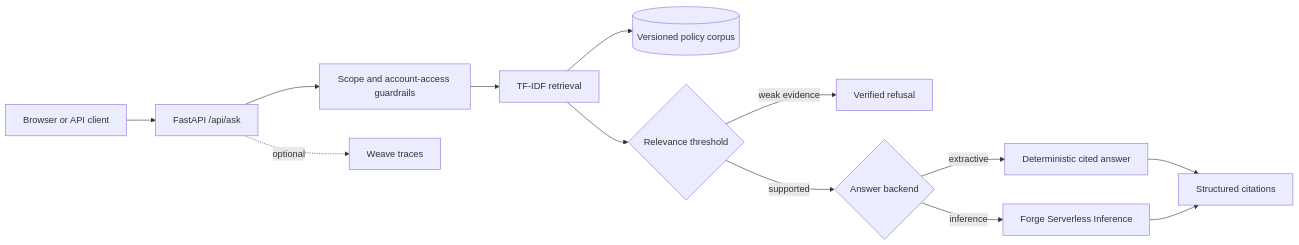
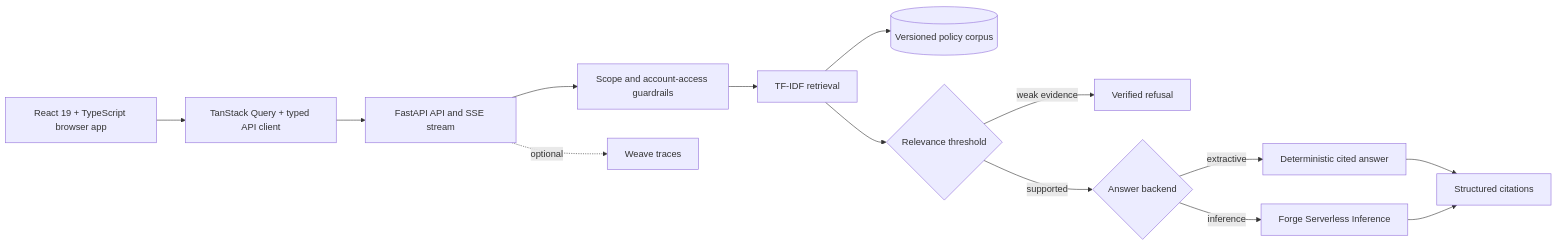
The diagram in README.md (thedev15/verified-support-assistant), drawn with Mermaid before and after one commit. The commit also changed other lines of this file and 121 other files, not shown here.

````diff
--- a/README.md
+++ b/README.md
@@ -77,15 +104,16 @@
 ```mermaid
 flowchart LR
-    U[Browser or API client] --> A[FastAPI /api/ask]
+    U[React 19 + TypeScript browser app] --> Q[TanStack Query + typed API client]
+    Q --> A[FastAPI API and SSE stream]
     A --> G[Scope and account-access guardrails]
     G --> R[TF-IDF retrieval]
     R --> K[(Versioned policy corpus)]
     R --> T{Relevance threshold}
     T -->|weak evidence| X[Verified refusal]
     T -->|supported| B{Answer backend}
     B -->|extractive| E[Deterministic cited answer]
     B -->|inference| L[Forge Serverless Inference]
     E --> C[Structured citations]
     L --> C
     A -. optional .-> W[Weave traces]
 ```
````
